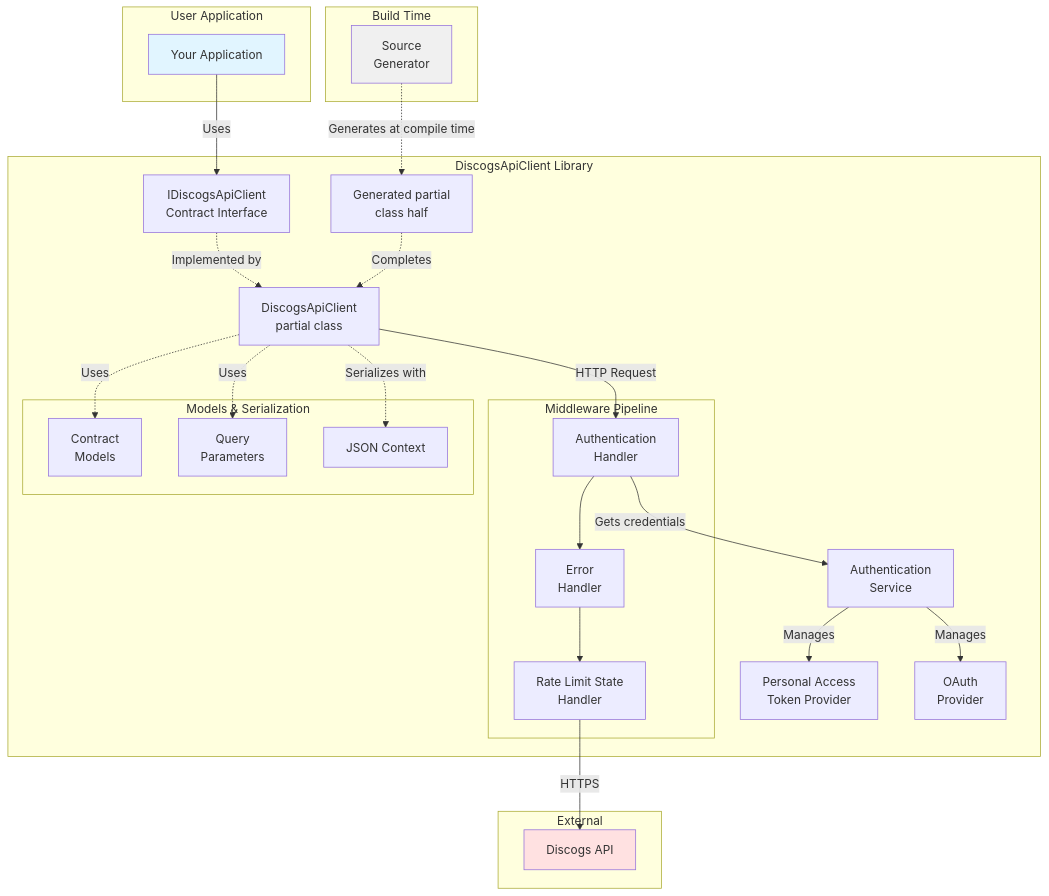
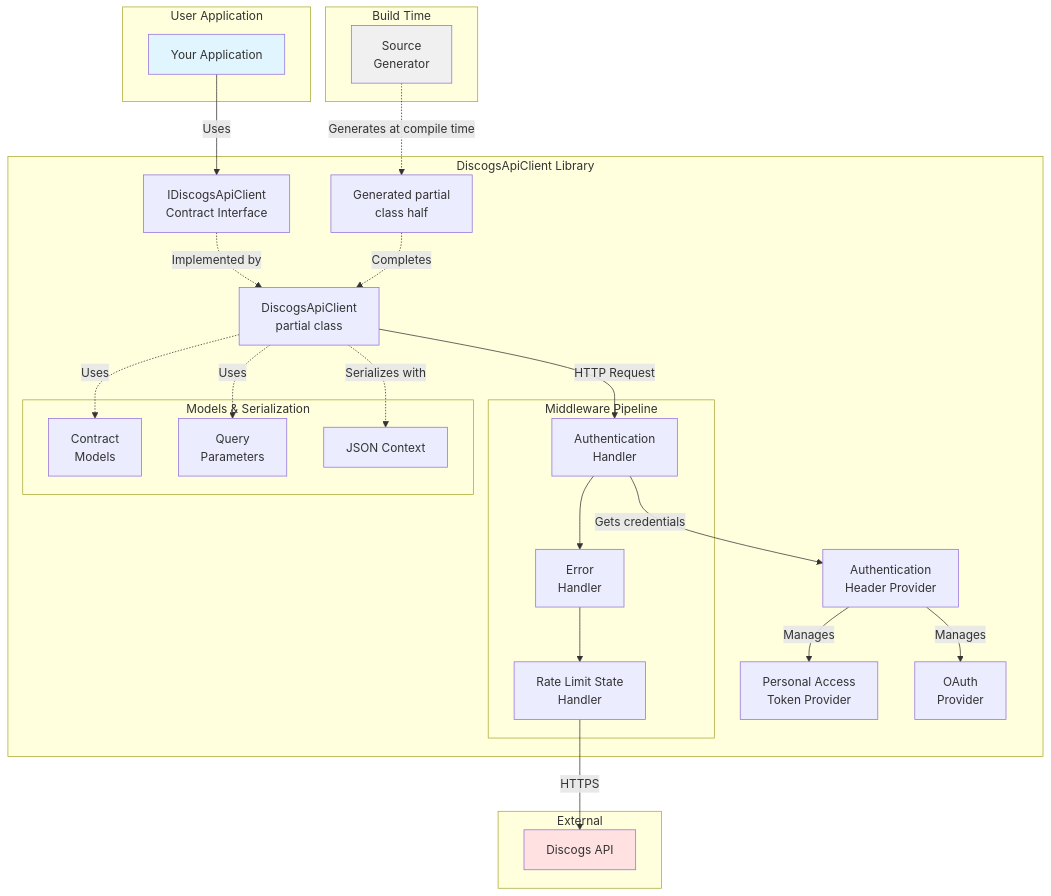
One commit to damidhagor/DiscogsApiClient changed the first of 4 diagrams in docs/ARCHITECTURE.md. Above: the diagram before and after it, drawn with Mermaid. The commit also changed other lines of this file and 37 other files, not shown here.

First line of the commit message:
feat(auth)!: modernize authentication providers with typed options and validation

````diff
--- a/docs/ARCHITECTURE.md
+++ b/docs/ARCHITECTURE.md
@@ -22,54 +22,54 @@
 ```mermaid
 graph TB
     subgraph "User Application"
         App[Your Application]
     end
 
     subgraph "DiscogsApiClient Library"
         Interface[IDiscogsApiClient<br/>Contract Interface]
         Client[DiscogsApiClient<br/>partial class]
         Generated[Generated partial<br/>class half]
-        Auth[Authentication<br/>Service]
+        Auth[Authentication<br/>Header Provider]
         PAT[Personal Access<br/>Token Provider]
         OAuth[OAuth<br/>Provider]
 
         subgraph "Middleware Pipeline"
             AH[Authentication<br/>Handler] --> EH[Error<br/>Handler]
             EH --> RLS[Rate Limit State<br/>Handler]
         end
 
         subgraph "Models & Serialization"
             Contract[Contract<br/>Models]
             Query[Query<br/>Parameters]
             Json[JSON Context]
         end
     end
 
     subgraph "Build Time"
         SG[Source<br/>Generator]
     end
 
     subgraph "External"
         API[Discogs API]
     end
 
     App -->|Uses| Interface
     Interface -.->|Implemented by| Client
     Generated -.->|Completes| Client
     Client -->|HTTP Request| AH
     RLS -->|HTTPS| API
 
     Client -.->|Serializes with| Json
     Client -.->|Uses| Contract
     Client -.->|Uses| Query
 
     Auth -->|Manages| PAT
     Auth -->|Manages| OAuth
     AH -->|Gets credentials| Auth
 
     SG -.->|Generates at compile time| Generated
 
     style App fill:#e1f5ff
     style API fill:#ffe1e1
     style SG fill:#f0f0f0
 ```
````
